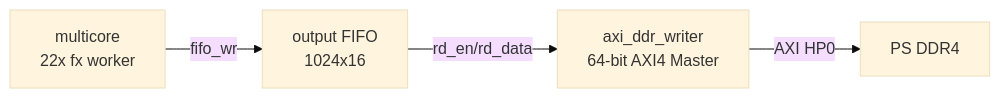
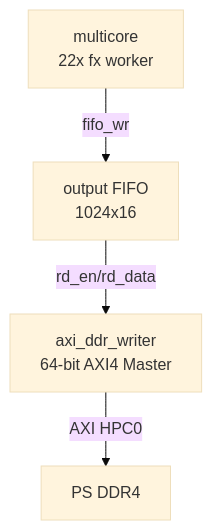
Before and after one commit to RESBI/FPGA-Mandelbrot-Demo: diagram 17 of 18 in doc/PL_PS_DDR_DESIGN.md, drawn with Mermaid (base theme). The commit also changed other lines of this file and 64 other files, not shown here.

First line of the commit message:
Clean up unused files, fix mermaid diagrams to top-to-bottom layout

````diff
--- a/doc/PL_PS_DDR_DESIGN.md
+++ b/doc/PL_PS_DDR_DESIGN.md
@@ -1062,4 +1062,4 @@
 ```mermaid
-flowchart LR
-    CORE["multicore<br/>22x fx worker"] -->|"fifo_wr"| FIFO["output FIFO<br/>1024x16"] -->|"rd_en/rd_data"| AXI["axi_ddr_writer<br/>64-bit AXI4 Master"] -->|"AXI HP0"| DDR["PS DDR4"]
+flowchart TB
+    CORE["multicore<br/>22x fx worker"] -->|"fifo_wr"| FIFO["output FIFO<br/>1024x16"] -->|"rd_en/rd_data"| AXI["axi_ddr_writer<br/>64-bit AXI4 Master"] -->|"AXI HPC0"| DDR["PS DDR4"]
 ```
````
